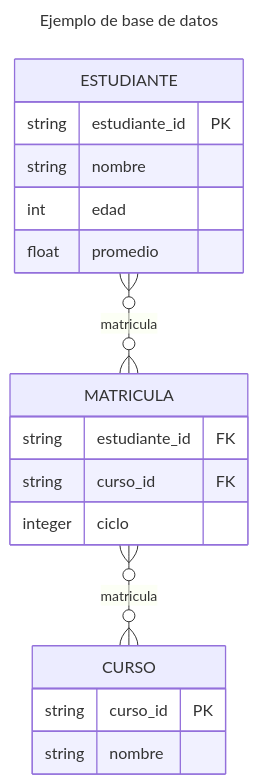
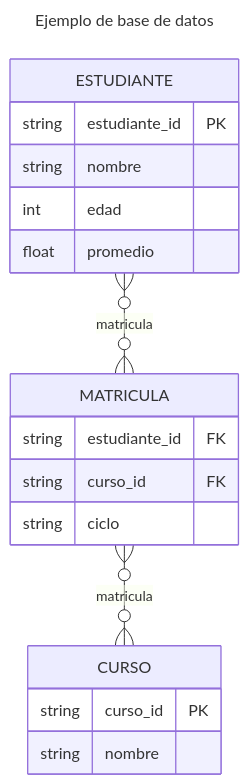
One commit to improbabilidades/proyecto changed the diagram in docs/recopilacion.md. Above: the diagram before and after it, drawn with Mermaid. The commit also changed other lines of this file and 4 other files, not shown here.

````diff
--- a/docs/recopilacion.md
+++ b/docs/recopilacion.md
@@ -44,23 +44,23 @@
 ```mermaid
 ---
 title: Ejemplo de base de datos
 ---
 erDiagram
     ESTUDIANTE }o--o{ MATRICULA : matricula
     ESTUDIANTE {
         string estudiante_id PK
         string nombre
         int edad
         float promedio
     }
     CURSO {
         string curso_id PK
         string nombre
     }
     MATRICULA }o--o{ CURSO : matricula
     MATRICULA {
         string estudiante_id FK
         string curso_id FK
-        integer ciclo
+        string ciclo
     }
 ```
````
